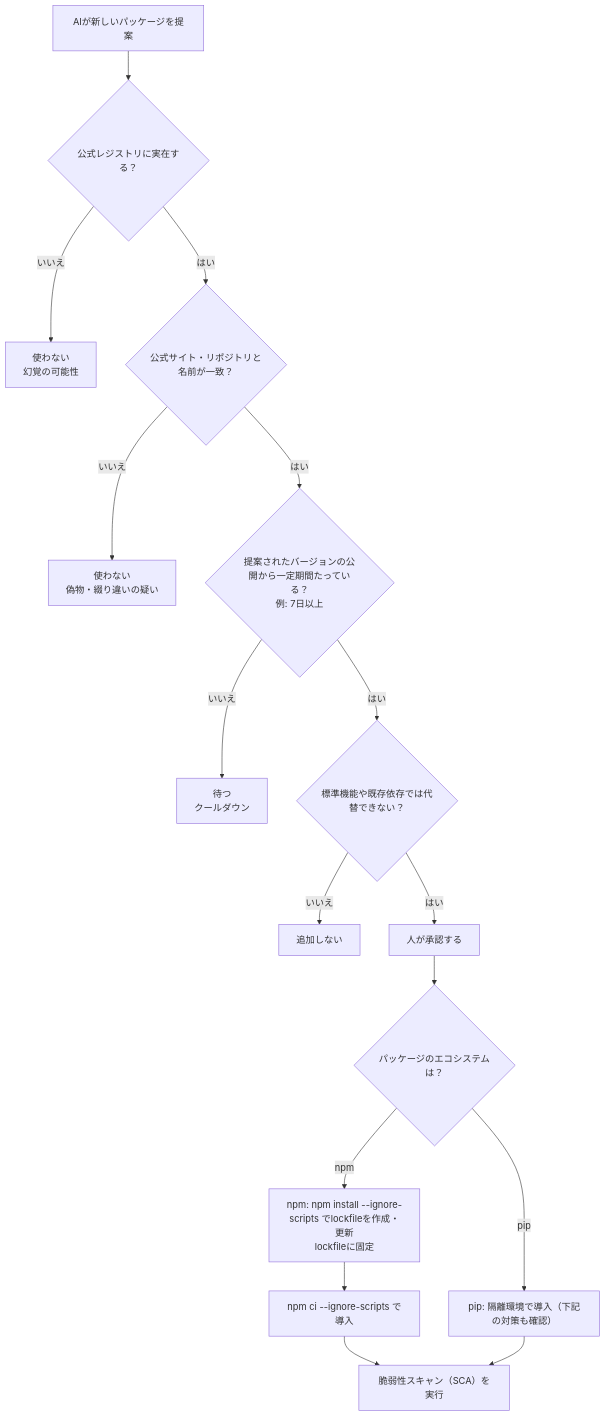
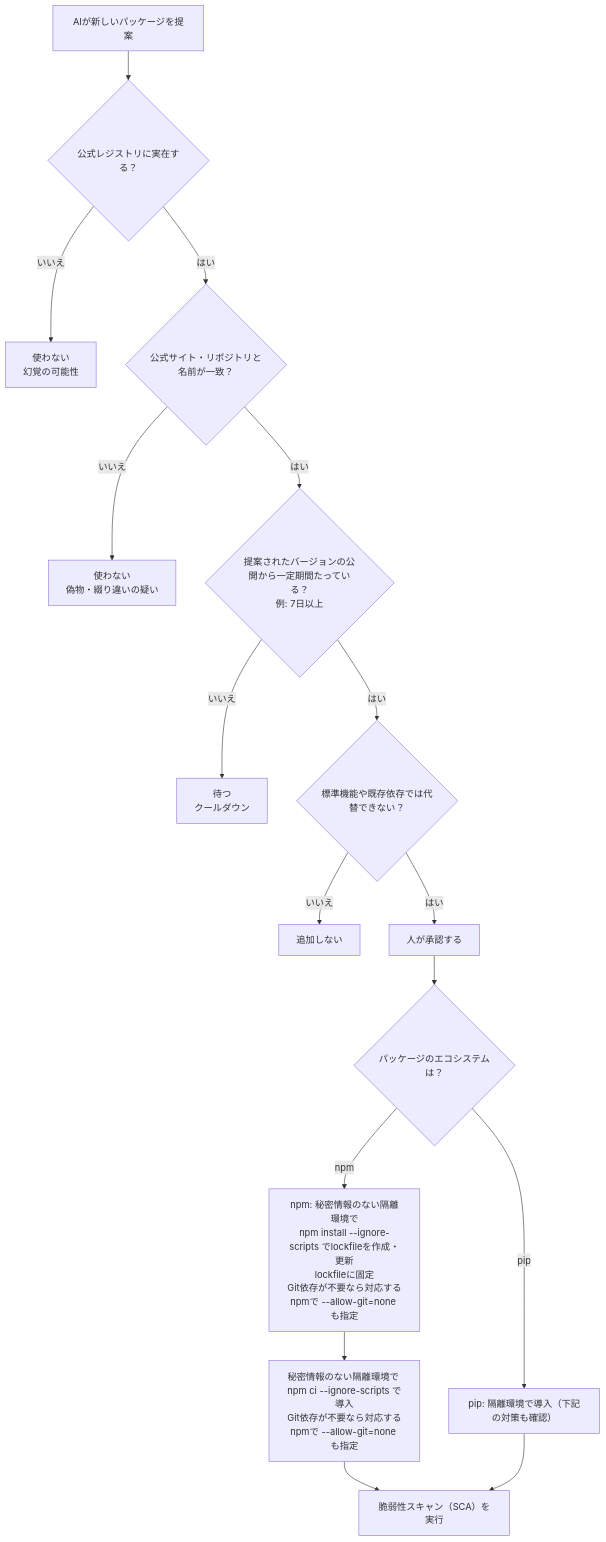
Before and after one commit to myoshi2891/Security_Studies: the sixth of 9 diagrams in Ai-coding-safety-guide.md, drawn with Mermaid. The commit also changed other lines of this file, not shown here.

Commit message:
docs(ai-coding): add Claude Code sandbox yolo prerequisites and npm allow-git security guidance

````diff
--- a/Ai-coding-safety-guide.md
+++ b/Ai-coding-safety-guide.md
@@ -476,18 +478,18 @@
 ```mermaid
 flowchart TD
     A["AIが新しいパッケージを提案"] --> B{"公式レジストリに実在する？"}
     B -->|"いいえ"| X1["使わない<br/>幻覚の可能性"]
     B -->|"はい"| C{"公式サイト・リポジトリと名前が一致？"}
     C -->|"いいえ"| X2["使わない<br/>偽物・綴り違いの疑い"]
     C -->|"はい"| D{"提案されたバージョンの公開から一定期間たっている？<br/>例: 7日以上"}
     D -->|"いいえ"| X3["待つ<br/>クールダウン"]
     D -->|"はい"| E{"標準機能や既存依存では代替できない？"}
     E -->|"いいえ"| X4["追加しない"]
     E -->|"はい"| F["人が承認する"]
     F --> P{"パッケージのエコシステムは？"}
-    P -->|"npm"| G["npm: npm install --ignore-scripts でlockfileを作成・更新<br/>lockfileに固定"]
-    G --> H["npm ci --ignore-scripts で導入"]
+    P -->|"npm"| G["npm: 秘密情報のない隔離環境で<br/>npm install --ignore-scripts でlockfileを作成・更新<br/>lockfileに固定<br/>Git依存が不要なら対応するnpmで --allow-git=none も指定"]
+    G --> H["秘密情報のない隔離環境で npm ci --ignore-scripts で導入<br/>Git依存が不要なら対応するnpmで --allow-git=none も指定"]
     H --> I["脆弱性スキャン（SCA）を実行"]
     P -->|"pip"| J["pip: 隔離環境で導入（下記の対策も確認）"]
     J --> I
 ```
````
